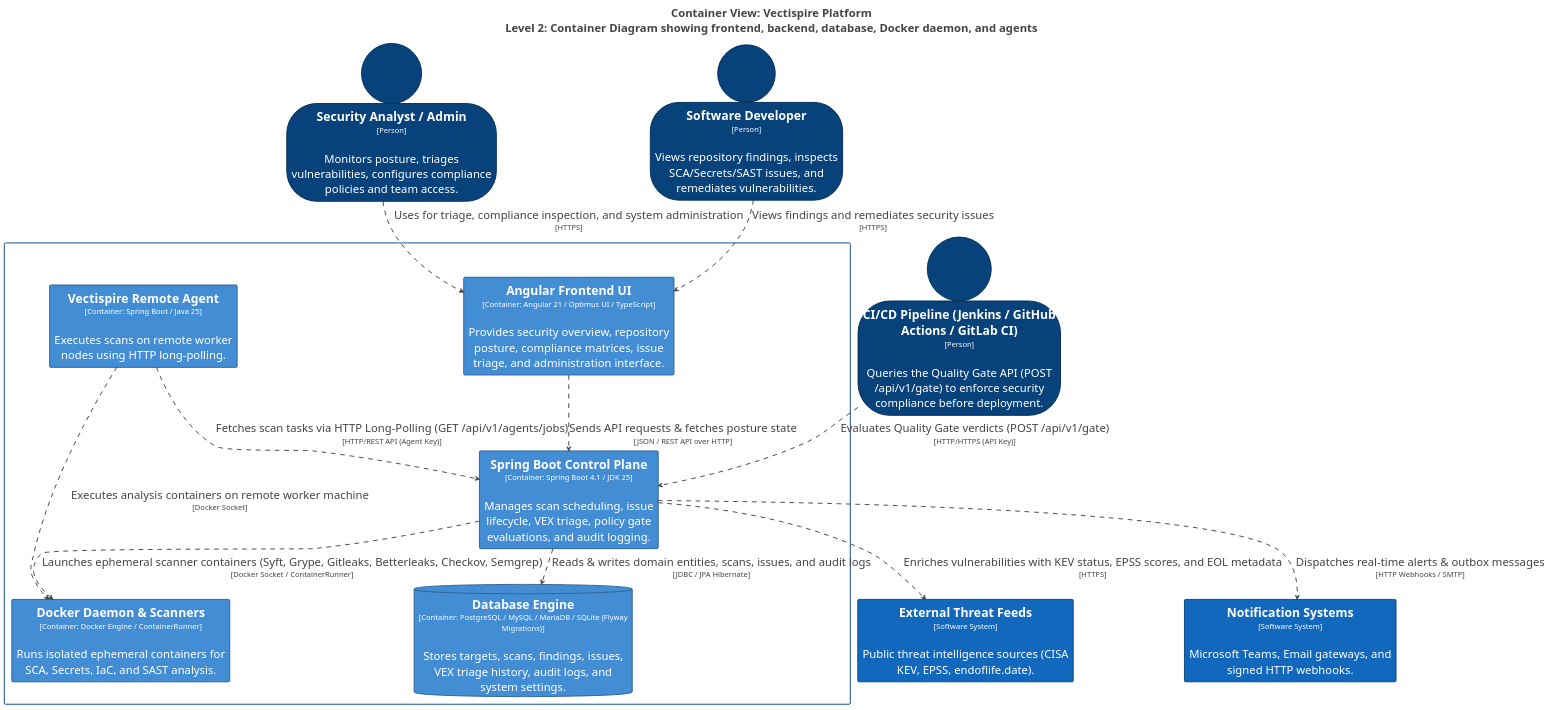
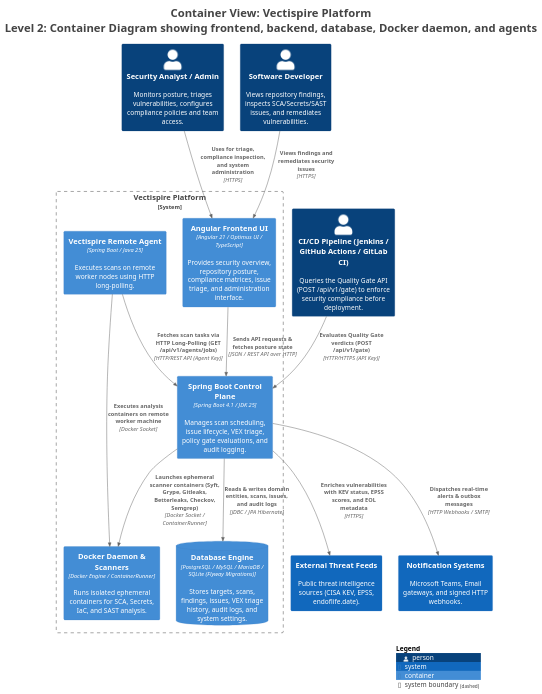
Before and after one commit to asmolabs/vectispire: the diagram in docs/architecture/c4/diagrams/structurizr-Containers.puml, drawn with PlantUML. The commit also changed 11 other files, not shown here.

```diff
--- a/docs/architecture/c4/diagrams/structurizr-Containers.puml
+++ b/docs/architecture/c4/diagrams/structurizr-Containers.puml
@@ -1,110 +1,45 @@
 @startuml
 title <size:24>Container View: Vectispire Platform</size>\n<size:24>Level 2: Container Diagram showing frontend, backend, database, Docker daemon, and agents</size>
 
 set separator none
 top to bottom direction
-skinparam ranksep 20
-skinparam nodesep 5
-hide stereotype
 
 <style>
   root {
-    BackgroundColor: #ffffff;
-    FontColor: #444444;
-  }
-  // Element,Container
-  .Element-RWxlbWVudCxDb250YWluZXI= {
-    BackgroundColor: #438dd5;
-    LineColor: #2e6295;
-    LineStyle: 0;
-    LineThickness: 2;
-    FontColor: #ffffff;
-    FontSize: 24;
-    HorizontalAlignment: center;
-    Shadowing: 0;
-    MaximumWidth: 450;
-  }
-  // Element,Container,Database
-  .Element-RWxlbWVudCxDb250YWluZXIsRGF0YWJhc2U= {
-    BackgroundColor: #438dd5;
-    LineColor: #2e6295;
-    LineStyle: 0;
-    LineThickness: 2;
-    FontColor: #ffffff;
-    FontSize: 24;
-    HorizontalAlignment: center;
-    Shadowing: 0;
-    MaximumWidth: 450;
-  }
-  // Element,Person
-  .Element-RWxlbWVudCxQZXJzb24= {
-    BackgroundColor: #08427b;
-    LineColor: #052e56;
-    LineStyle: 0;
-    LineThickness: 2;
-    FontColor: #ffffff;
-    FontSize: 24;
-    HorizontalAlignment: center;
-    Shadowing: 0;
-    MaximumWidth: 450;
-  }
-  // Element,Software System
-  .Element-RWxlbWVudCxTb2Z0d2FyZSBTeXN0ZW0= {
-    BackgroundColor: #1168bd;
-    LineColor: #0b4884;
-    LineStyle: 0;
-    LineThickness: 2;
-    FontColor: #ffffff;
-    FontSize: 24;
-    HorizontalAlignment: center;
-    Shadowing: 0;
-    MaximumWidth: 450;
-  }
-  // Relationship
-  .Relationship-UmVsYXRpb25zaGlw {
-    LineThickness: 2;
-    LineStyle: 10-10;
-    LineColor: #444444;
-    FontColor: #444444;
-    FontSize: 24;
-    MaximumWidth: 200;
-  }
-  // Vectispire Platform
-  .Boundary-VmVjdGlzcGlyZSBQbGF0Zm9ybQ== {
-    BackgroundColor: #ffffff;
-    LineColor: #0b4884;
-    LineStyle: 0;
-    LineThickness: 2;
-    FontColor: #ffffff;
-    FontSize: 24;
-    HorizontalAlignment: center;
-    Shadowing: 0;
+    BackgroundColor: #ffffff
+    FontColor: #444444
   }
 </style>
 
-person "==Security Analyst / Admin\n<size:16>[Person]</size>\n\nMonitors posture, triages vulnerabilities, configures compliance policies and team access." <<Element-RWxlbWVudCxQZXJzb24=>> as SecurityAnalystAdmin
-person "==Software Developer\n<size:16>[Person]</size>\n\nViews repository findings, inspects SCA/Secrets/SAST issues, and remediates vulnerabilities." <<Element-RWxlbWVudCxQZXJzb24=>> as SoftwareDeveloper
-person "==CI/CD Pipeline (Jenkins / GitHub Actions / GitLab CI)\n<size:16>[Person]</size>\n\nQueries the Quality Gate API (POST /api/v1/gate) to enforce security compliance before deployment." <<Element-RWxlbWVudCxQZXJzb24=>> as CICDPipelineJenkinsGitHubActionsGitLabCI
-rectangle "==External Threat Feeds\n<size:16>[Software System]</size>\n\nPublic threat intelligence sources (CISA KEV, EPSS, endoflife.date)." <<Element-RWxlbWVudCxTb2Z0d2FyZSBTeXN0ZW0=>> as ExternalThreatFeeds
-rectangle "==Notification Systems\n<size:16>[Software System]</size>\n\nMicrosoft Teams, Email gateways, and signed HTTP webhooks." <<Element-RWxlbWVudCxTb2Z0d2FyZSBTeXN0ZW0=>> as NotificationSystems
+!include <C4/C4>
+!include <C4/C4_Context>
+!include <C4/C4_Container>
 
-rectangle "Vectispire Platform\n<size:16>[Software System]</size>" <<Boundary-VmVjdGlzcGlyZSBQbGF0Zm9ybQ==>> {
-  database "==Database Engine\n<size:16>[Container: PostgreSQL / MySQL / MariaDB / SQLite (Flyway Migrations)]</size>\n\nStores targets, scans, findings, issues, VEX triage history, audit logs, and system settings." <<Element-RWxlbWVudCxDb250YWluZXIsRGF0YWJhc2U=>> as VectispirePlatform.DatabaseEngine
-  rectangle "==Docker Daemon & Scanners\n<size:16>[Container: Docker Engine / ContainerRunner]</size>\n\nRuns isolated ephemeral containers for SCA, Secrets, IaC, and SAST analysis." <<Element-RWxlbWVudCxDb250YWluZXI=>> as VectispirePlatform.DockerDaemonScanners
-  rectangle "==Vectispire Remote Agent\n<size:16>[Container: Spring Boot / Java 25]</size>\n\nExecutes scans on remote worker nodes using HTTP long-polling." <<Element-RWxlbWVudCxDb250YWluZXI=>> as VectispirePlatform.VectispireRemoteAgent
-  rectangle "==Angular Frontend UI\n<size:16>[Container: Angular 21 / Optimus UI / TypeScript]</size>\n\nProvides security overview, repository posture, compliance matrices, issue triage, and administration interface." <<Element-RWxlbWVudCxDb250YWluZXI=>> as VectispirePlatform.AngularFrontendUI
-  rectangle "==Spring Boot Control Plane\n<size:16>[Container: Spring Boot 4.1 / JDK 25]</size>\n\nManages scan scheduling, issue lifecycle, VEX triage, policy gate evaluations, and audit logging." <<Element-RWxlbWVudCxDb250YWluZXI=>> as VectispirePlatform.SpringBootControlPlane
+Person(SecurityAnalystAdmin, "Security Analyst / Admin", $descr="Monitors posture, triages vulnerabilities, configures compliance policies and team access.", $tags="", $link="")
+Person(SoftwareDeveloper, "Software Developer", $descr="Views repository findings, inspects SCA/Secrets/SAST issues, and remediates vulnerabilities.", $tags="", $link="")
+Person(CICDPipelineJenkinsGitHubActionsGitLabCI, "CI/CD Pipeline (Jenkins / GitHub Actions / GitLab CI)", $descr="Queries the Quality Gate API (POST /api/v1/gate) to enforce security compliance before deployment.", $tags="", $link="")
+System(ExternalThreatFeeds, "External Threat Feeds", $descr="Public threat intelligence sources (CISA KEV, EPSS, endoflife.date).", $tags="", $link="")
+System(NotificationSystems, "Notification Systems", $descr="Microsoft Teams, Email gateways, and signed HTTP webhooks.", $tags="", $link="")
+
+System_Boundary("VectispirePlatform_boundary", "Vectispire Platform", $tags="") {
+  ContainerDb(VectispirePlatform.DatabaseEngine, "Database Engine", $techn="PostgreSQL / MySQL / MariaDB / SQLite (Flyway Migrations)", $descr="Stores targets, scans, findings, issues, VEX triage history, audit logs, and system settings.", $tags="", $link="")
+  Container(VectispirePlatform.DockerDaemonScanners, "Docker Daemon & Scanners", $techn="Docker Engine / ContainerRunner", $descr="Runs isolated ephemeral containers for SCA, Secrets, IaC, and SAST analysis.", $tags="", $link="")
+  Container(VectispirePlatform.VectispireRemoteAgent, "Vectispire Remote Agent", $techn="Spring Boot / Java 25", $descr="Executes scans on remote worker nodes using HTTP long-polling.", $tags="", $link="")
+  Container(VectispirePlatform.AngularFrontendUI, "Angular Frontend UI", $techn="Angular 21 / Optimus UI / TypeScript", $descr="Provides security overview, repository posture, compliance matrices, issue triage, and administration interface.", $tags="", $link="")
+  Container(VectispirePlatform.SpringBootControlPlane, "Spring Boot Control Plane", $techn="Spring Boot 4.1 / JDK 25", $descr="Manages scan scheduling, issue lifecycle, VEX triage, policy gate evaluations, and audit logging.", $tags="", $link="")
 }
 
-SecurityAnalystAdmin --> VectispirePlatform.AngularFrontendUI <<Relationship-UmVsYXRpb25zaGlw>> : "Uses for triage, compliance inspection, and system administration\n<size:16>[HTTPS]</size>"
-SoftwareDeveloper --> VectispirePlatform.AngularFrontendUI <<Relationship-UmVsYXRpb25zaGlw>> : "Views findings and remediates security issues\n<size:16>[HTTPS]</size>"
-CICDPipelineJenkinsGitHubActionsGitLabCI --> VectispirePlatform.SpringBootControlPlane <<Relationship-UmVsYXRpb25zaGlw>> : "Evaluates Quality Gate verdicts (POST /api/v1/gate)\n<size:16>[HTTP/HTTPS (API Key)]</size>"
-VectispirePlatform.AngularFrontendUI --> VectispirePlatform.SpringBootControlPlane <<Relationship-UmVsYXRpb25zaGlw>> : "Sends API requests & fetches posture state\n<size:16>[JSON / REST API over HTTP]</size>"
-VectispirePlatform.SpringBootControlPlane --> VectispirePlatform.DatabaseEngine <<Relationship-UmVsYXRpb25zaGlw>> : "Reads & writes domain entities, scans, issues, and audit logs\n<size:16>[JDBC / JPA Hibernate]</size>"
-VectispirePlatform.SpringBootControlPlane --> VectispirePlatform.DockerDaemonScanners <<Relationship-UmVsYXRpb25zaGlw>> : "Launches ephemeral scanner containers (Syft, Grype, Gitleaks, Betterleaks, Checkov, Semgrep)\n<size:16>[Docker Socket / ContainerRunner]</size>"
-VectispirePlatform.SpringBootControlPlane --> ExternalThreatFeeds <<Relationship-UmVsYXRpb25zaGlw>> : "Enriches vulnerabilities with KEV status, EPSS scores, and EOL metadata\n<size:16>[HTTPS]</size>"
-VectispirePlatform.SpringBootControlPlane --> NotificationSystems <<Relationship-UmVsYXRpb25zaGlw>> : "Dispatches real-time alerts & outbox messages\n<size:16>[HTTP Webhooks / SMTP]</size>"
-VectispirePlatform.VectispireRemoteAgent --> VectispirePlatform.SpringBootControlPlane <<Relationship-UmVsYXRpb25zaGlw>> : "Fetches scan tasks via HTTP Long-Polling (GET /api/v1/agents/jobs)\n<size:16>[HTTP/REST API (Agent Key)]</size>"
-VectispirePlatform.VectispireRemoteAgent --> VectispirePlatform.DockerDaemonScanners <<Relationship-UmVsYXRpb25zaGlw>> : "Executes analysis containers on remote worker machine\n<size:16>[Docker Socket]</size>"
+Rel(SecurityAnalystAdmin, VectispirePlatform.AngularFrontendUI, "Uses for triage, compliance inspection, and system administration", $techn="HTTPS", $tags="", $link="")
+Rel(SoftwareDeveloper, VectispirePlatform.AngularFrontendUI, "Views findings and remediates security issues", $techn="HTTPS", $tags="", $link="")
+Rel(CICDPipelineJenkinsGitHubActionsGitLabCI, VectispirePlatform.SpringBootControlPlane, "Evaluates Quality Gate verdicts (POST /api/v1/gate)", $techn="HTTP/HTTPS (API Key)", $tags="", $link="")
+Rel(VectispirePlatform.AngularFrontendUI, VectispirePlatform.SpringBootControlPlane, "Sends API requests & fetches posture state", $techn="JSON / REST API over HTTP", $tags="", $link="")
+Rel(VectispirePlatform.SpringBootControlPlane, VectispirePlatform.DatabaseEngine, "Reads & writes domain entities, scans, issues, and audit logs", $techn="JDBC / JPA Hibernate", $tags="", $link="")
+Rel(VectispirePlatform.SpringBootControlPlane, VectispirePlatform.DockerDaemonScanners, "Launches ephemeral scanner containers (Syft, Grype, Gitleaks, Betterleaks, Checkov, Semgrep)", $techn="Docker Socket / ContainerRunner", $tags="", $link="")
+Rel(VectispirePlatform.SpringBootControlPlane, ExternalThreatFeeds, "Enriches vulnerabilities with KEV status, EPSS scores, and EOL metadata", $techn="HTTPS", $tags="", $link="")
+Rel(VectispirePlatform.SpringBootControlPlane, NotificationSystems, "Dispatches real-time alerts & outbox messages", $techn="HTTP Webhooks / SMTP", $tags="", $link="")
+Rel(VectispirePlatform.VectispireRemoteAgent, VectispirePlatform.SpringBootControlPlane, "Fetches scan tasks via HTTP Long-Polling (GET /api/v1/agents/jobs)", $techn="HTTP/REST API (Agent Key)", $tags="", $link="")
+Rel(VectispirePlatform.VectispireRemoteAgent, VectispirePlatform.DockerDaemonScanners, "Executes analysis containers on remote worker machine", $techn="Docker Socket", $tags="", $link="")
 
+SHOW_LEGEND(true)
+hide stereotypes
 @enduml
```
